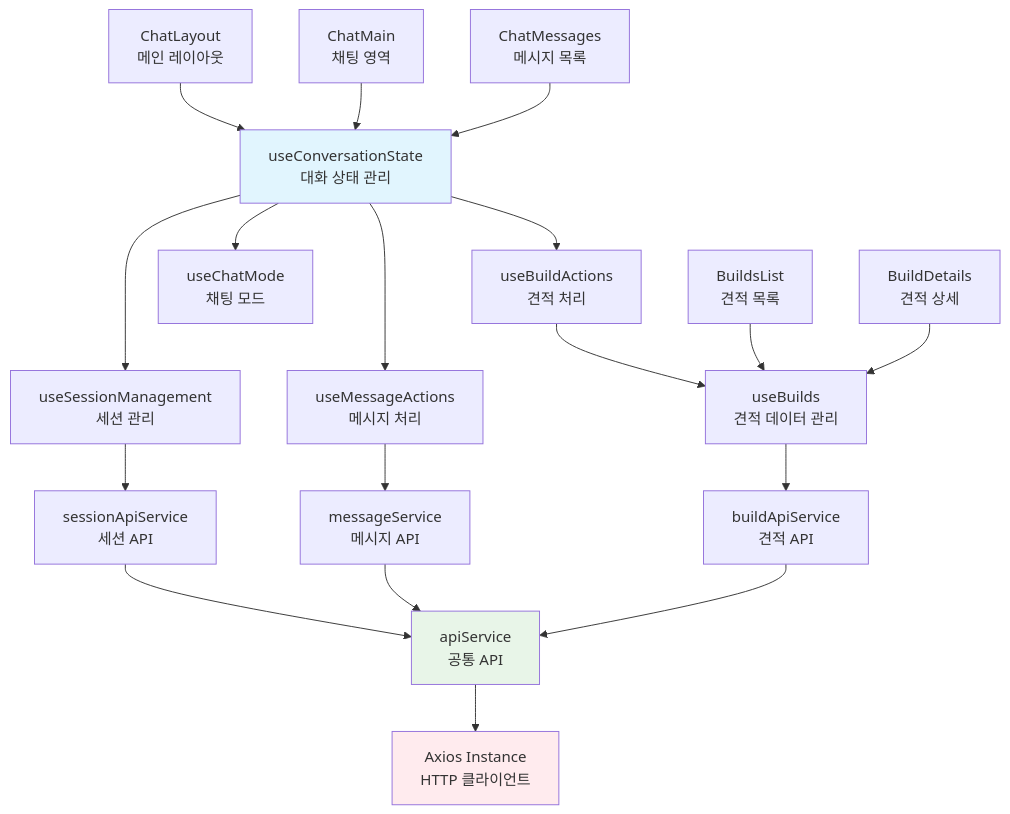
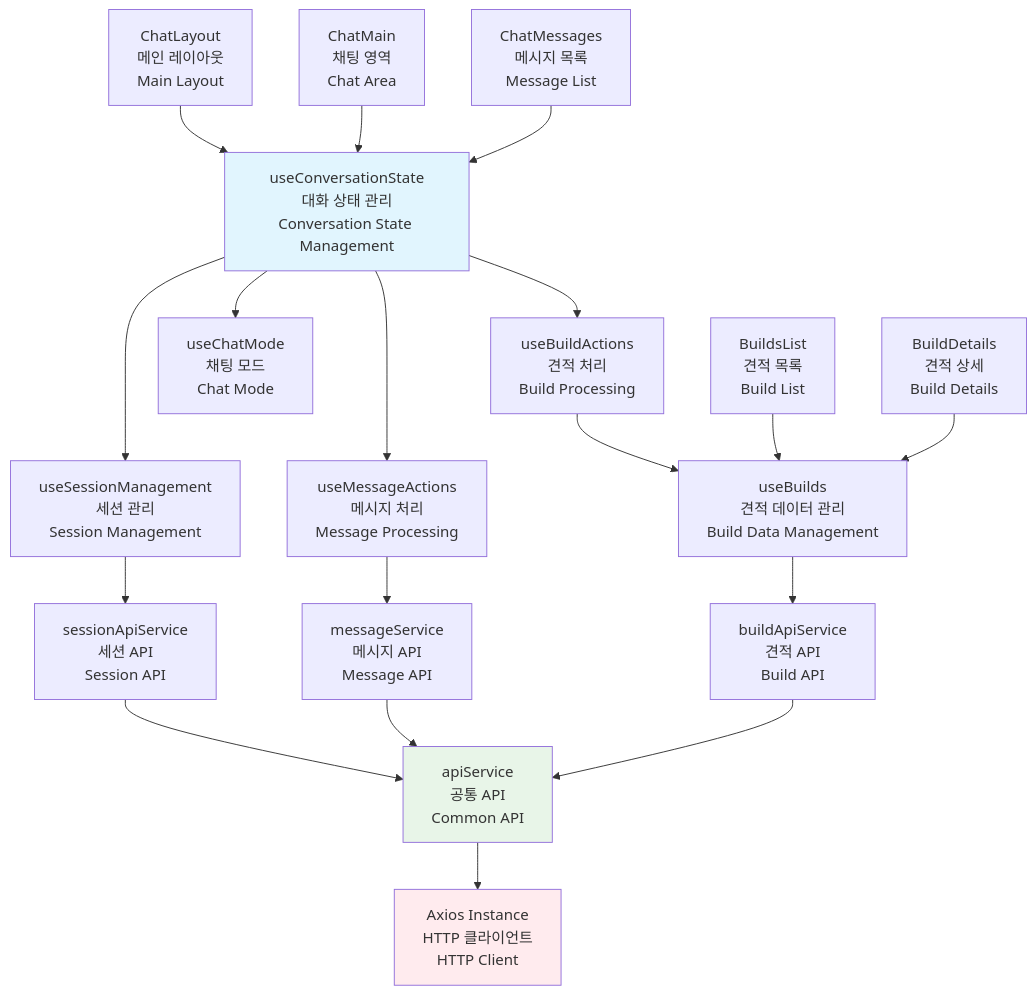
Diagram 14 of 19 in docs/design-specification.md (p0pular131/askspec-chat-assistant), drawn with Mermaid before and after one commit. The commit also changed other lines of this file and 1 other file, not shown here.

First line of the commit message:
Refactor: Adjust diagram layout for readability

````diff
--- a/docs/design-specification.md
+++ b/docs/design-specification.md
@@ -1036,29 +1066,29 @@
 ```mermaid
 graph TD
-    useConversationState[useConversationState<br/>대화 상태 관리] --> useSessionManagement[useSessionManagement<br/>세션 관리]
-    useConversationState --> useMessageActions[useMessageActions<br/>메시지 처리]
-    useConversationState --> useBuildActions[useBuildActions<br/>견적 처리]
-    useConversationState --> useChatMode[useChatMode<br/>채팅 모드]
+    useConversationState["useConversationState<br/>대화 상태 관리<br/>Conversation State Management"] --> useSessionManagement["useSessionManagement<br/>세션 관리<br/>Session Management"]
+    useConversationState --> useMessageActions["useMessageActions<br/>메시지 처리<br/>Message Processing"]
+    useConversationState --> useBuildActions["useBuildActions<br/>견적 처리<br/>Build Processing"]
+    useConversationState --> useChatMode["useChatMode<br/>채팅 모드<br/>Chat Mode"]
     
-    useBuildActions --> useBuilds[useBuilds<br/>견적 데이터 관리]
+    useBuildActions --> useBuilds["useBuilds<br/>견적 데이터 관리<br/>Build Data Management"]
     
-    useSessionManagement --> sessionApiService[sessionApiService<br/>세션 API]
-    useMessageActions --> messageService[messageService<br/>메시지 API]
-    useBuilds --> buildApiService[buildApiService<br/>견적 API]
+    useSessionManagement --> sessionApiService["sessionApiService<br/>세션 API<br/>Session API"]
+    useMessageActions --> messageService["messageService<br/>메시지 API<br/>Message API"]
+    useBuilds --> buildApiService["buildApiService<br/>견적 API<br/>Build API"]
     
-    sessionApiService --> apiService[apiService<br/>공통 API]
+    sessionApiService --> apiService["apiService<br/>공통 API<br/>Common API"]
     messageService --> apiService
     buildApiService --> apiService
     
-    apiService --> AxiosInstance[Axios Instance<br/>HTTP 클라이언트]
+    apiService --> AxiosInstance["Axios Instance<br/>HTTP 클라이언트<br/>HTTP Client"]
     
-    ChatLayout[ChatLayout<br/>메인 레이아웃] --> useConversationState
-    ChatMain[ChatMain<br/>채팅 영역] --> useConversationState
-    ChatMessages[ChatMessages<br/>메시지 목록] --> useConversationState
-    BuildsList[BuildsList<br/>견적 목록] --> useBuilds
-    BuildDetails[BuildDetails<br/>견적 상세] --> useBuilds
+    ChatLayout["ChatLayout<br/>메인 레이아웃<br/>Main Layout"] --> useConversationState
+    ChatMain["ChatMain<br/>채팅 영역<br/>Chat Area"] --> useConversationState
+    ChatMessages["ChatMessages<br/>메시지 목록<br/>Message List"] --> useConversationState
+    BuildsList["BuildsList<br/>견적 목록<br/>Build List"] --> useBuilds
+    BuildDetails["BuildDetails<br/>견적 상세<br/>Build Details"] --> useBuilds
     
     style useConversationState fill:#e1f5fe
     style apiService fill:#e8f5e8
     style AxiosInstance fill:#ffebee
 ```
````
